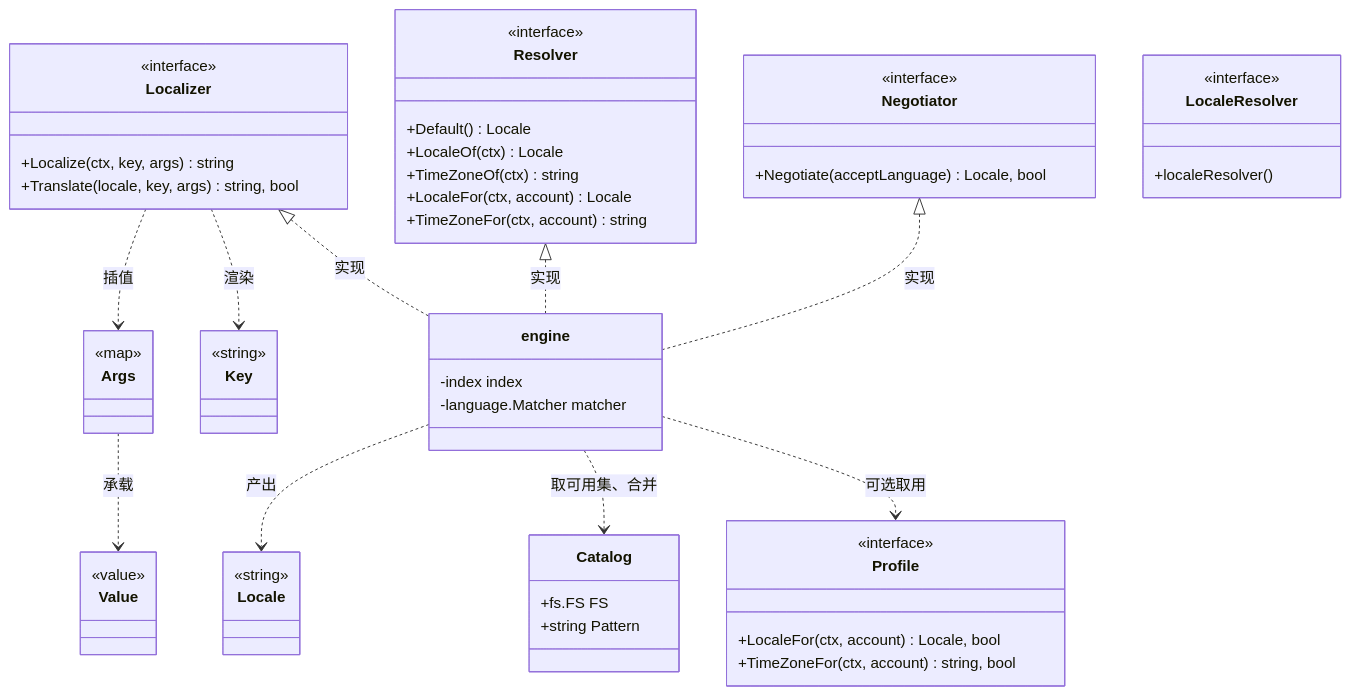
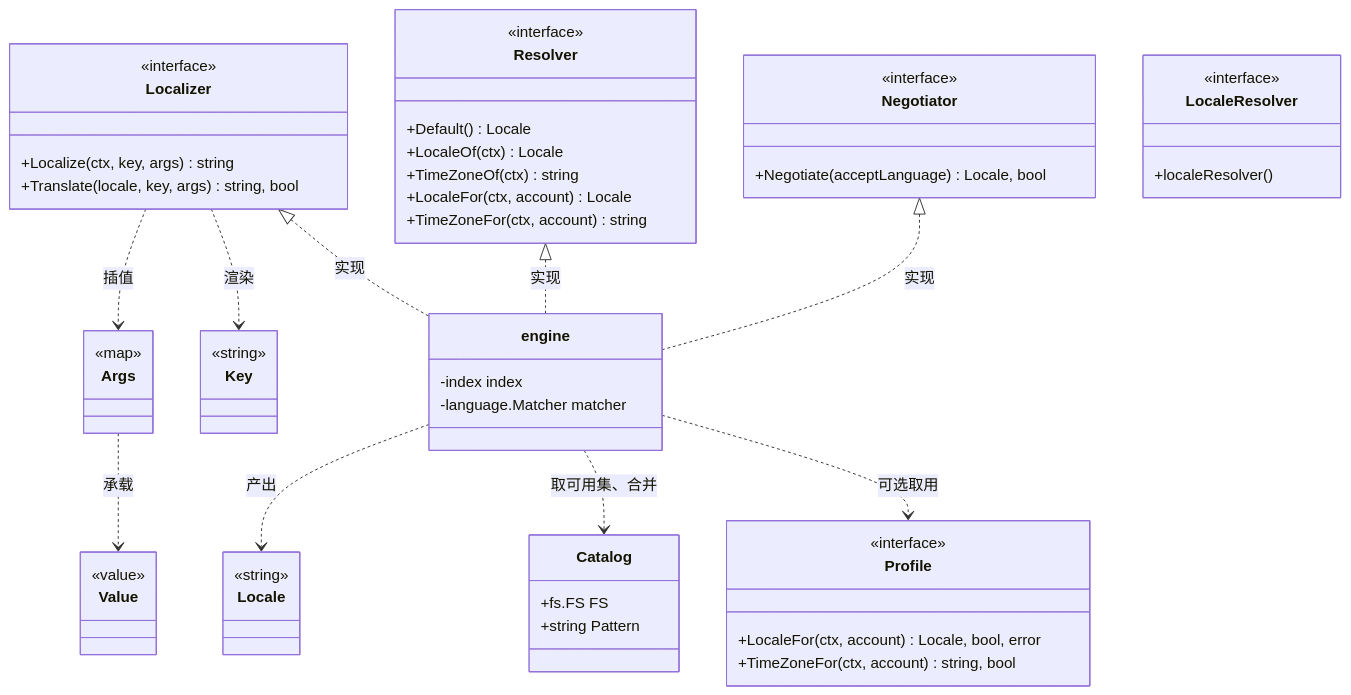
One commit to wangzw/speed changed the first of 2 diagrams in docs/design/modules/design-i18n.md. Above: the diagram before and after it, drawn with Mermaid. The commit also changed other lines of this file and 16 other files, not shown here.

````diff
--- a/docs/design/modules/design-i18n.md
+++ b/docs/design/modules/design-i18n.md
@@ -236,59 +237,59 @@
 ```mermaid
 classDiagram
     class Locale {
         <<string>>
     }
     class Key {
         <<string>>
     }
     class Args {
         <<map>>
     }
     class Value {
         <<value>>
     }
     class Localizer {
         <<interface>>
         +Localize(ctx, key, args) string
         +Translate(locale, key, args) string, bool
     }
     class Negotiator {
         <<interface>>
         +Negotiate(acceptLanguage) Locale, bool
     }
     class Resolver {
         <<interface>>
         +Default() Locale
         +LocaleOf(ctx) Locale
         +TimeZoneOf(ctx) string
         +LocaleFor(ctx, account) Locale
         +TimeZoneFor(ctx, account) string
     }
     class Profile {
         <<interface>>
-        +LocaleFor(ctx, account) Locale, bool
+        +LocaleFor(ctx, account) Locale, bool, error
         +TimeZoneFor(ctx, account) string, bool
     }
     class Catalog {
         +fs.FS FS
         +string Pattern
     }
     class LocaleResolver {
         <<interface>>
         +localeResolver()
     }
     class engine {
         -index index
         -language.Matcher matcher
     }
 
     Localizer <|.. engine : 实现
     Negotiator <|.. engine : 实现
     Resolver <|.. engine : 实现
     engine ..> Profile : 可选取用
     engine ..> Catalog : 取可用集、合并
     engine ..> Locale : 产出
     Localizer ..> Key : 渲染
     Localizer ..> Args : 插值
     Args ..> Value : 承载
 ```
````
